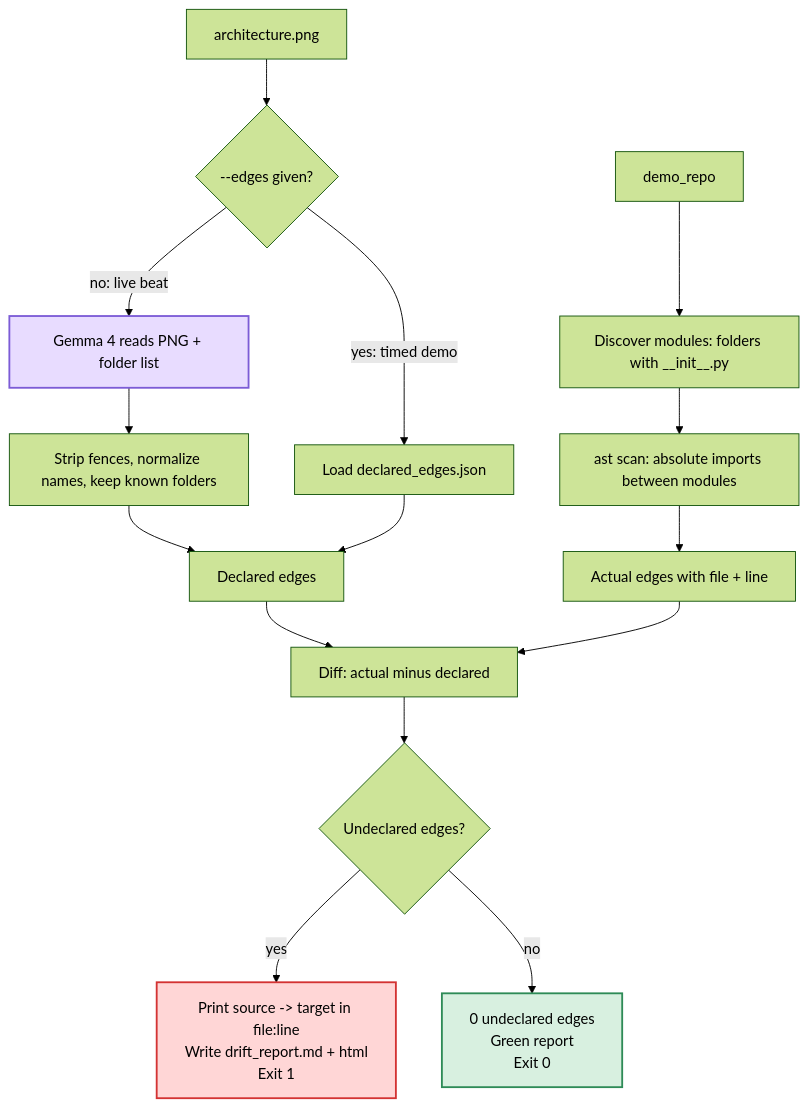
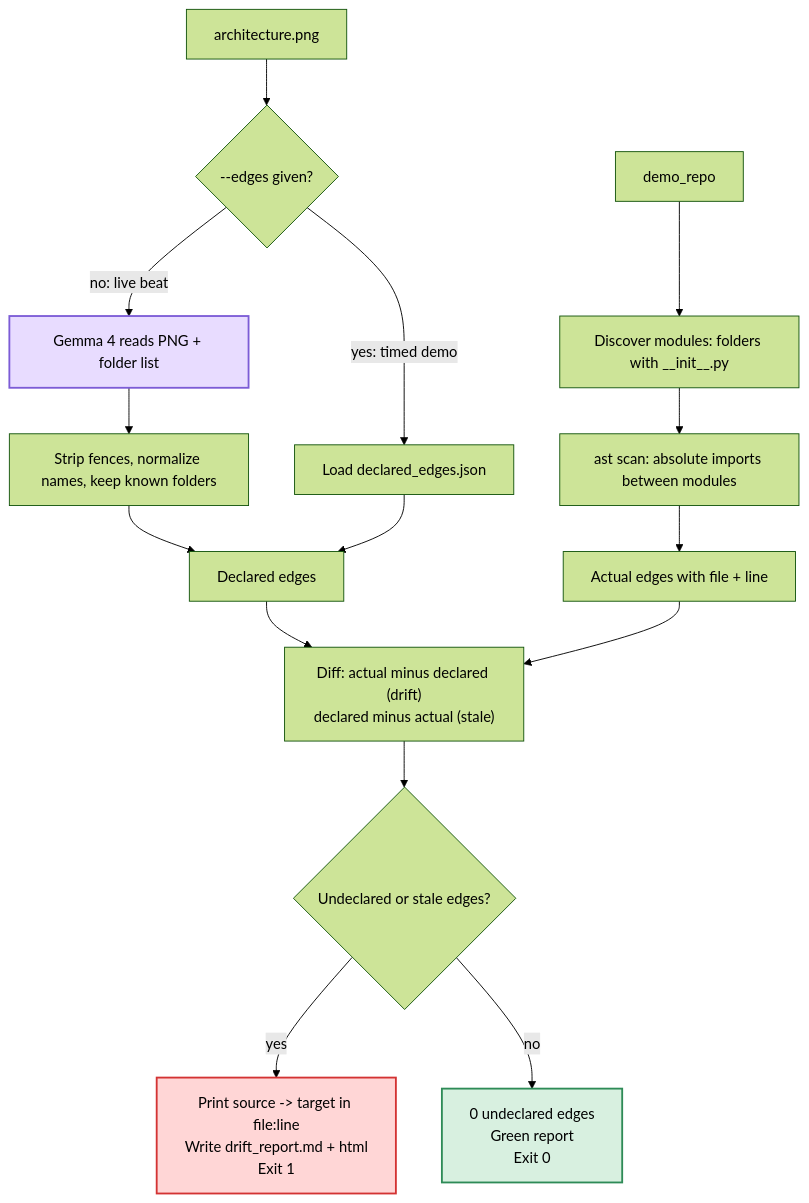
One commit to Raghu17012009/Quantum_Coders-Hacktober- changed the second of 2 diagrams in README.md. Above: the diagram before and after it, drawn with Mermaid (forest theme). The commit also changed other lines of this file and 11 other files, not shown here.

````diff
--- a/README.md
+++ b/README.md
@@ -293,21 +308,21 @@
 ```mermaid
 flowchart TD
     A["architecture.png"] --> B{"--edges given?"}
     B -->|"yes: timed demo"| C["Load declared_edges.json"]
     B -->|"no: live beat"| D["Gemma 4 reads PNG + folder list"]
     D --> E["Strip fences, normalize names, keep known folders"]
     E --> F["Declared edges"]
     C --> F
     G["demo_repo"] --> H["Discover modules: folders with __init__.py"]
     H --> I["ast scan: absolute imports between modules"]
     I --> J["Actual edges with file + line"]
-    F --> K["Diff: actual minus declared"]
+    F --> K["Diff: actual minus declared (drift)<br/>declared minus actual (stale)"]
     J --> K
-    K --> L{"Undeclared edges?"}
+    K --> L{"Undeclared or stale edges?"}
     L -->|"yes"| M["Print source -> target in file:line<br/>Write drift_report.md + html<br/>Exit 1"]
     L -->|"no"| N["0 undeclared edges<br/>Green report<br/>Exit 0"]
 
     style D fill:#e8dcff,stroke:#7c5cd6,stroke-width:2px
     style M fill:#ffd6d6,stroke:#d33333,stroke-width:2px
     style N fill:#d8f0e0,stroke:#2e8b57,stroke-width:2px
 ```
````
